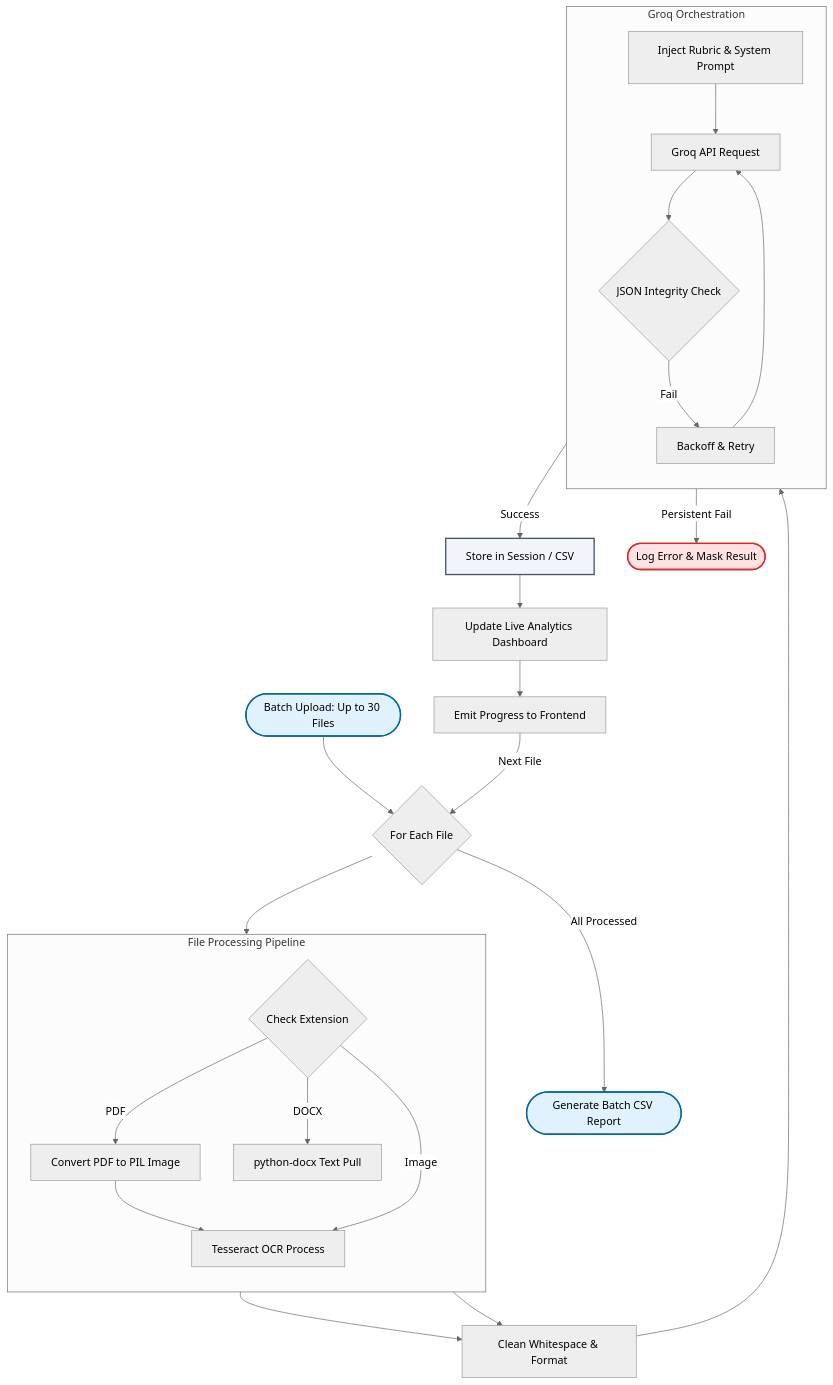
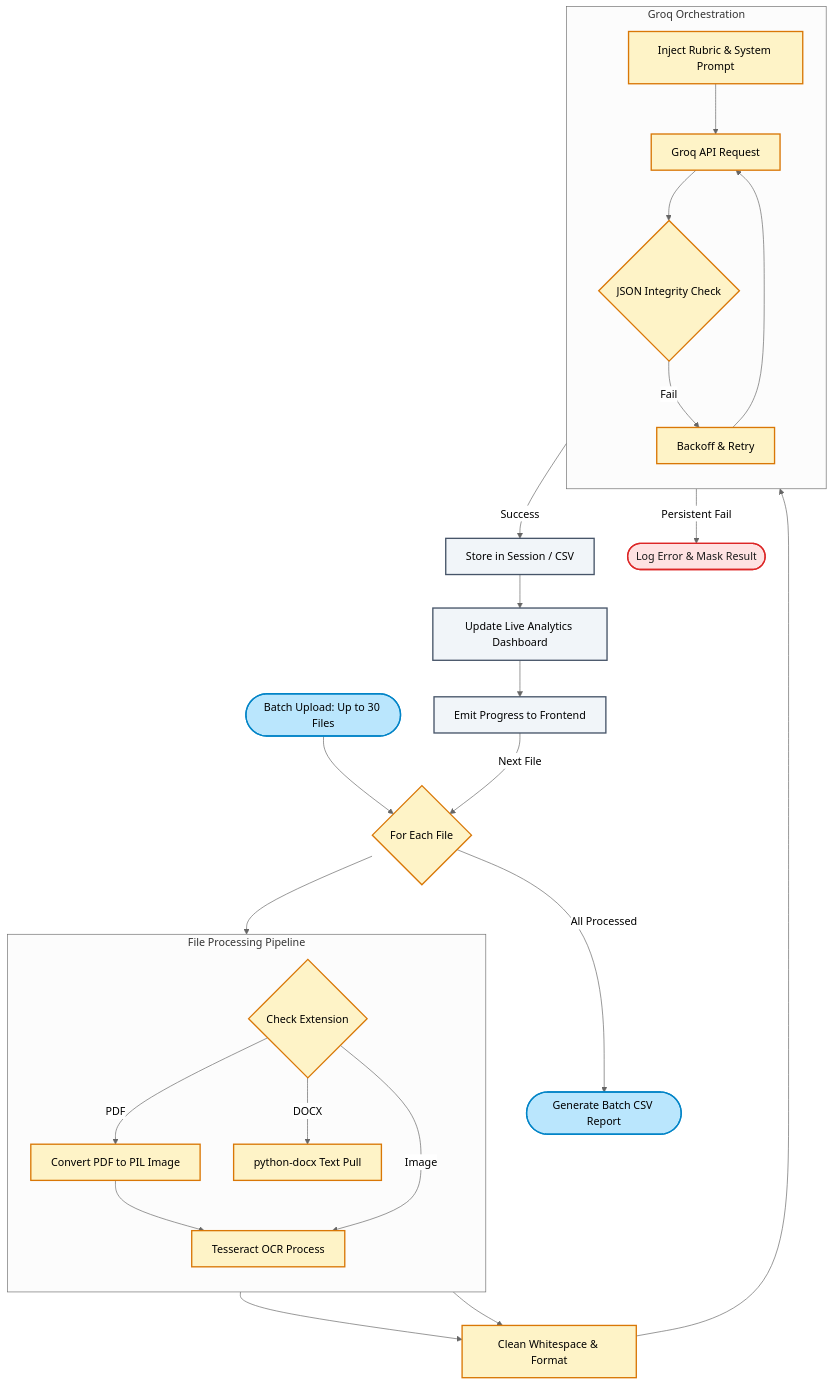
Before and after one commit to ShaikhWarsi/TeachCoPilot: the second of 5 diagrams in README.md, drawn with Mermaid (neutral theme). The commit also changed other lines of this file, not shown here.

Commit message:
Updated diagrams in README

````diff
--- a/README.md
+++ b/README.md
@@ -98,47 +98,47 @@
 ```mermaid
 flowchart TD
     %% Styling
-    classDef start fill:#e0f2fe,stroke:#0369a1,stroke-width:2px;
-    classDef logic fill:#fef3c7,stroke:#d97706,stroke-width:2px;
-    classDef disk fill:#f1f5f9,stroke:#475569,stroke-width:2px;
-    classDef error fill:#fee2e2,stroke:#dc2626,stroke-width:2px;
+    classDef start fill:#bae6fd,stroke:#0284c7,stroke-width:2px,color:#000;
+    classDef logic fill:#fef3c7,stroke:#d97706,stroke-width:2px,color:#000;
+    classDef disk fill:#f1f5f9,stroke:#475569,stroke-width:2px,color:#000;
+    classDef error fill:#fee2e2,stroke:#dc2626,stroke-width:2px,color:#1a1a1a;
 
-    Start([Batch Upload: Up to 30 Files]):::start --> Loop{For Each File}
+    Start([Batch Upload: Up to 30 Files]):::start --> Loop{For Each File}:::logic
     
     subgraph Extraction_Logic ["File Processing Pipeline"]
         direction TB
-        Ext{Check Extension}
-        Ext -- PDF --> ToImg[Convert PDF to PIL Image]
-        ToImg --> OCR[Tesseract OCR Process]
+        Ext{Check Extension}:::logic
+        Ext -- PDF --> ToImg[Convert PDF to PIL Image]:::logic
+        ToImg --> OCR[Tesseract OCR Process]:::logic
         Ext -- Image --> OCR
-        Ext -- DOCX --> DX[python-docx Text Pull]
+        Ext -- DOCX --> DX[python-docx Text Pull]:::logic
     end
 
     Loop --> Ext
-    OCR --> Sanitize[Clean Whitespace & Format]
+    OCR --> Sanitize[Clean Whitespace & Format]:::logic
     DX --> Sanitize
 
     subgraph AI_Evaluation_Logic ["Groq Orchestration"]
         direction TB
-        Prompt[Inject Rubric & System Prompt]
-        Call[Groq API Request]
-        Parse{JSON Integrity Check}
-        Retry[Backoff & Retry]
+        Prompt[Inject Rubric & System Prompt]:::logic
+        Call[Groq API Request]:::logic
+        Parse{JSON Integrity Check}:::logic
+        Retry[Backoff & Retry]:::logic
     end
 
     Sanitize --> Prompt
     Prompt --> Call
     Call --> Parse
     Parse -- Fail --> Retry
     Retry --> Call
     
     Parse -- Success --> DB[Store in Session / CSV]:::disk
     
-    DB --> Analytics[Update Live Analytics Dashboard]
-    Analytics --> Progress[Emit Progress to Frontend]
+    DB --> Analytics[Update Live Analytics Dashboard]:::disk
+    Analytics --> Progress[Emit Progress to Frontend]:::disk
     
     Progress -->|"Next File"| Loop
     Loop -- "All Processed" --> Finish([Generate Batch CSV Report]):::start
 
     Parse -- Persistent Fail --> ErrNode([Log Error & Mask Result]):::error
 ```
````
